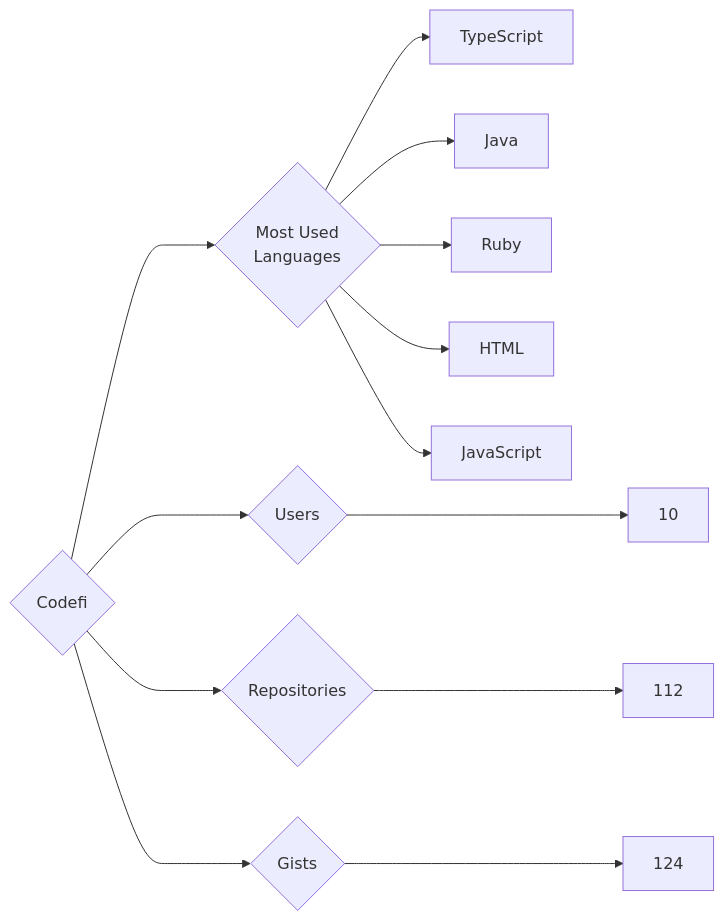
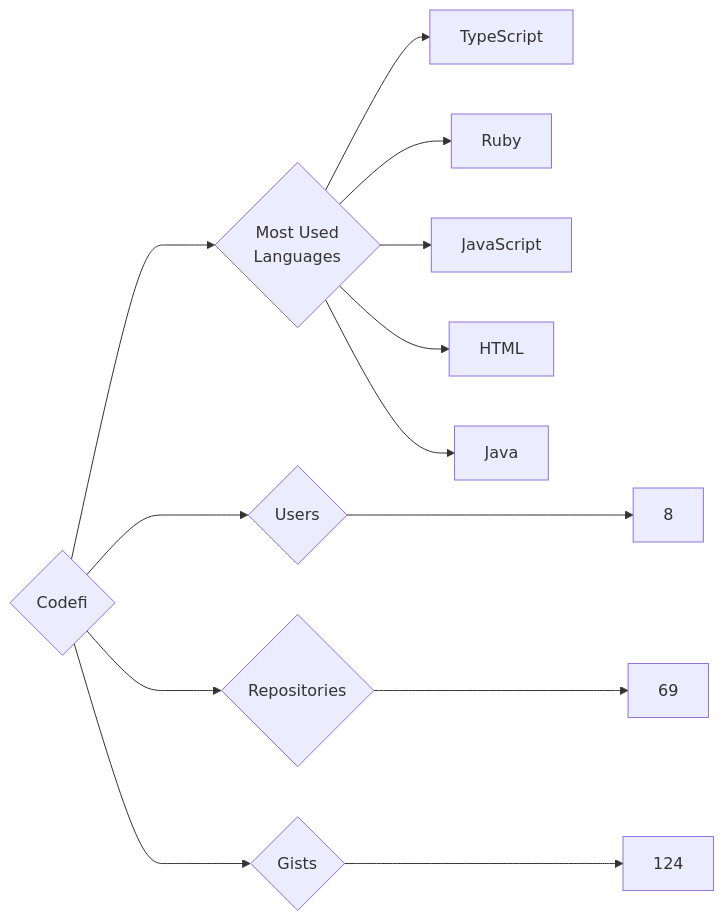
The diagram in targets/Codefi/README.md (trickest/insiders), drawn with Mermaid before and after one commit. The commit also changed 1007 other files, not shown here.

````diff
--- a/targets/Codefi/README.md
+++ b/targets/Codefi/README.md
@@ -3,13 +3,13 @@
 ```mermaid
 graph LR
 COMPANY_NAME{Codefi}
-COMPANY_NAME ---> U{Users} ---> UN[10]
-COMPANY_NAME ---> R{Repositories} ---> RN[112]
+COMPANY_NAME ---> U{Users} ---> UN[8]
+COMPANY_NAME ---> R{Repositories} ---> RN[69]
 COMPANY_NAME ---> G{Gists} ---> GN[124]
 COMPANY_NAME ---> ML{Most Used<br>Languages}
 ML --> TypeScript[TypeScript]
+ML --> Ruby[Ruby]
+ML --> JavaScript[JavaScript]
+ML --> HTML[HTML]
 ML --> Java[Java]
-ML --> Ruby[Ruby]
-ML --> HTML[HTML]
-ML --> JavaScript[JavaScript]
 ```
````
